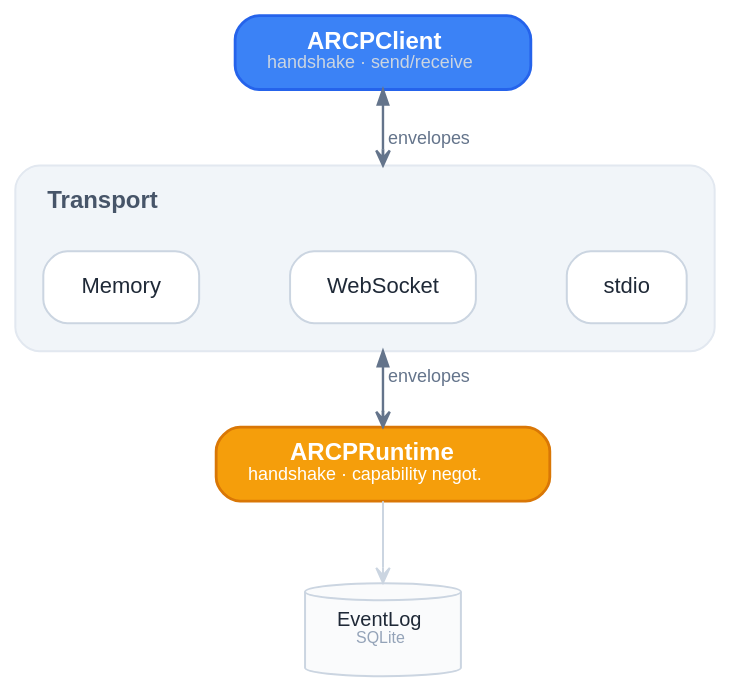
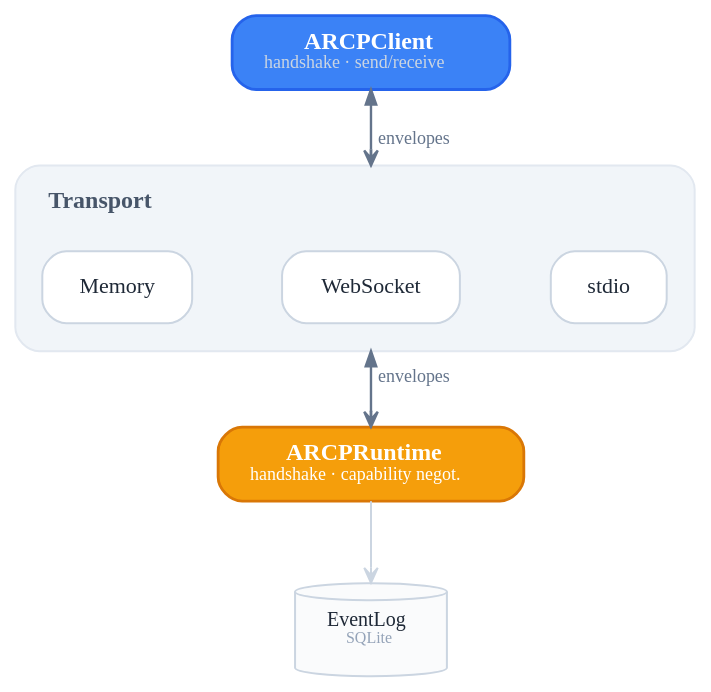
Before and after one commit to agentruntimecontrolprotocol/kotlin-sdk: the diagram in docs/diagrams/architecture-light.dot, drawn with Graphviz. The commit also changed 3 other files, not shown here.

First line of the commit message:
Harmonize Graphviz diagrams with the ARCP design system

```diff
--- a/docs/diagrams/architecture-light.dot
+++ b/docs/diagrams/architecture-light.dot
@@ -1,49 +1,49 @@
 // ARCP Kotlin SDK architecture (light)
 // ARCPClient ↔ Transport ↔ ARCPRuntime; runtime backed by SQLite EventLog.
 digraph KotlinSdkArchitecture {
-  rankdir=TB; bgcolor="transparent"; compound=true; fontname="Helvetica";
+  rankdir=TB; bgcolor="transparent"; compound=true; fontname="TT Commons Pro Trial";
   splines=spline; nodesep=0.32; ranksep=0.55; pad="0.35,0.25";
 
   node [shape=box, style="rounded,filled", fillcolor="white", color="#CBD5E1",
-        fontname="Helvetica", fontsize=11, fontcolor="#1F2937",
+        fontname="TT Commons Pro Trial", fontsize=11, fontcolor="#1F2937",
         margin="0.22,0.11", penwidth=1.0];
-  edge [fontname="Helvetica", fontsize=9, fontcolor="#64748B", color="#94A3B8",
+  edge [fontname="TT Commons Pro Trial", fontsize=9, fontcolor="#64748B", color="#94A3B8",
         penwidth=1.1, arrowsize=0.75, arrowhead=vee];
 
   Client [
     label=<<FONT POINT-SIZE="12"><B>ARCPClient</B></FONT><BR/><FONT POINT-SIZE="9" COLOR="#CBD5E1">handshake · send/receive</FONT>>,
     fillcolor="#3B82F6", color="#2563EB", fontcolor="white", penwidth=1.4
   ];
 
   Runtime [
     label=<<FONT POINT-SIZE="12"><B>ARCPRuntime</B></FONT><BR/><FONT POINT-SIZE="9" COLOR="white">handshake · capability negot.</FONT>>,
     fillcolor="#F59E0B", color="#D97706", fontcolor="white", penwidth=1.4
   ];
 
   subgraph cluster_transport {
     label=<<TABLE BORDER="0" CELLBORDER="0" CELLPADDING="0" CELLSPACING="0"><TR><TD COLSPAN="3" HEIGHT="8"></TD></TR><TR><TD WIDTH="8"></TD><TD><FONT POINT-SIZE="12"><B>Transport</B></FONT></TD><TD WIDTH="8"></TD></TR></TABLE>>;
     style="rounded,filled";
     fillcolor="#F1F5F9"; color="#E2E8F0";
-    fontname="Helvetica"; fontcolor="#475569";
+    fontname="TT Commons Pro Trial"; fontcolor="#475569";
     margin=14; labeljust=l; penwidth=1.0;
 
     Memory [label="Memory"];
     Ws     [label="WebSocket"];
     Stdio  [label="stdio"];
 
     Memory -> Ws -> Stdio [style=invis];
     { rank=same; Memory; Ws; Stdio; }
   }
 
   EventLog [
     label=<<FONT POINT-SIZE="10">EventLog</FONT><BR/><FONT POINT-SIZE="8" COLOR="#94A3B8">SQLite</FONT>>,
     shape=cylinder, fillcolor="#FAFBFC"
   ];
 
   edge [color="#64748B", penwidth=1.2];
   Client  -> Ws [dir=both, label="envelopes", lhead=cluster_transport];
   Ws      -> Runtime [dir=both, label="envelopes", ltail=cluster_transport];
 
   edge [color="#CBD5E1", penwidth=1.0];
   Runtime -> EventLog;
 }
```
